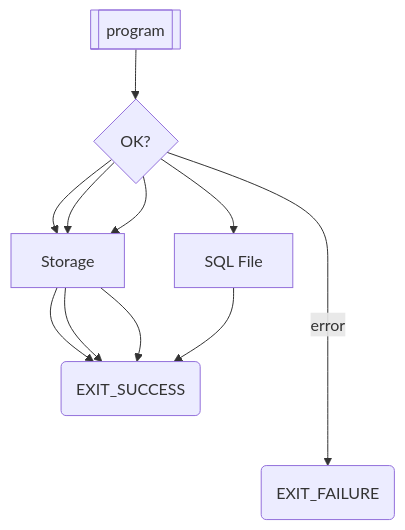
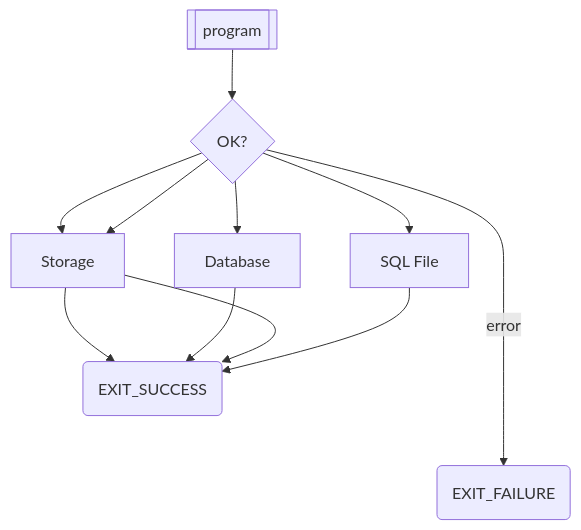
One commit to Zheng-Bote/qt_files_photo-gallery changed the first of 6 diagrams in README.md. Above: the diagram before and after it, drawn with Mermaid. The commit also changed other lines of this file, not shown here.

Commit message:
upd: Mermaid

````diff
--- a/README.md
+++ b/README.md
@@ -304,7 +307,7 @@
 ```mermaid
 flowchart TD;
 A[[program]] --> B{OK?}
-B --> D[Storage] & D[Database] --> F(EXIT_SUCCESS)
-B --> D[Storage] & C[SQL File] --> F(EXIT_SUCCESS)
-B ---->|error| E(EXIT_FAILURE)
+B --> C[Storage] & D[Database] --> F(EXIT_SUCCESS)
+B --> C[Storage] & E[SQL File] --> F(EXIT_SUCCESS)
+B ---->|error| G(EXIT_FAILURE)
 ```
````
